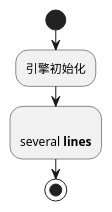
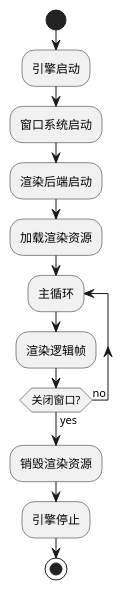
The diagram in docs/architecture.adoc (Ryu613/Pd2Engine), drawn with PlantUML before and after one commit. The commit also changed other lines of this file and 7 other files, not shown here.

```diff
--- a/docs/architecture.adoc
+++ b/docs/architecture.adoc
@@ -66,10 +66,16 @@
 [plantuml]
 ....
 @startuml
 start
-:引擎初始化;
-:
-several **lines**;
+:引擎启动;
+:窗口系统启动;
+:渲染后端启动;
+:加载渲染资源;
+repeat :主循环;
+  :渲染逻辑帧;
+repeat while (关闭窗口?) is (no) not (yes)
+:销毁渲染资源;
+:引擎停止;
 stop
 @enduml
 ....
```
